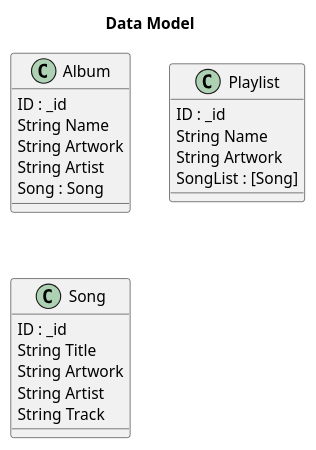
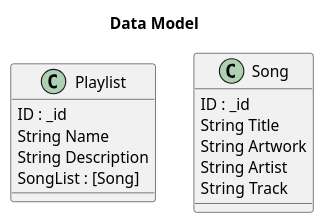
One commit to OJPARKINSON/Music-Player changed the diagram in Documentation/Data-models.plantuml. Above: the diagram before and after it, drawn with PlantUML. The commit also changed 9 other files, not shown here.

```diff
--- a/Documentation/Data-models.plantuml
+++ b/Documentation/Data-models.plantuml
@@ -1,27 +1,19 @@
 @startuml
 title Data Model
-
-class Album {
-    ID : _id
-    String Name
-    String Artwork
-    String Artist
-    Song : Song
-}
 
 class Playlist {
     ID : _id
     String Name
-    String Artwork
+    String Description
     SongList : [Song]
 }
 
 class Song {
     ID : _id
     String Title
     String Artwork
     String Artist
     String Track
 }
 
 @enduml
```
